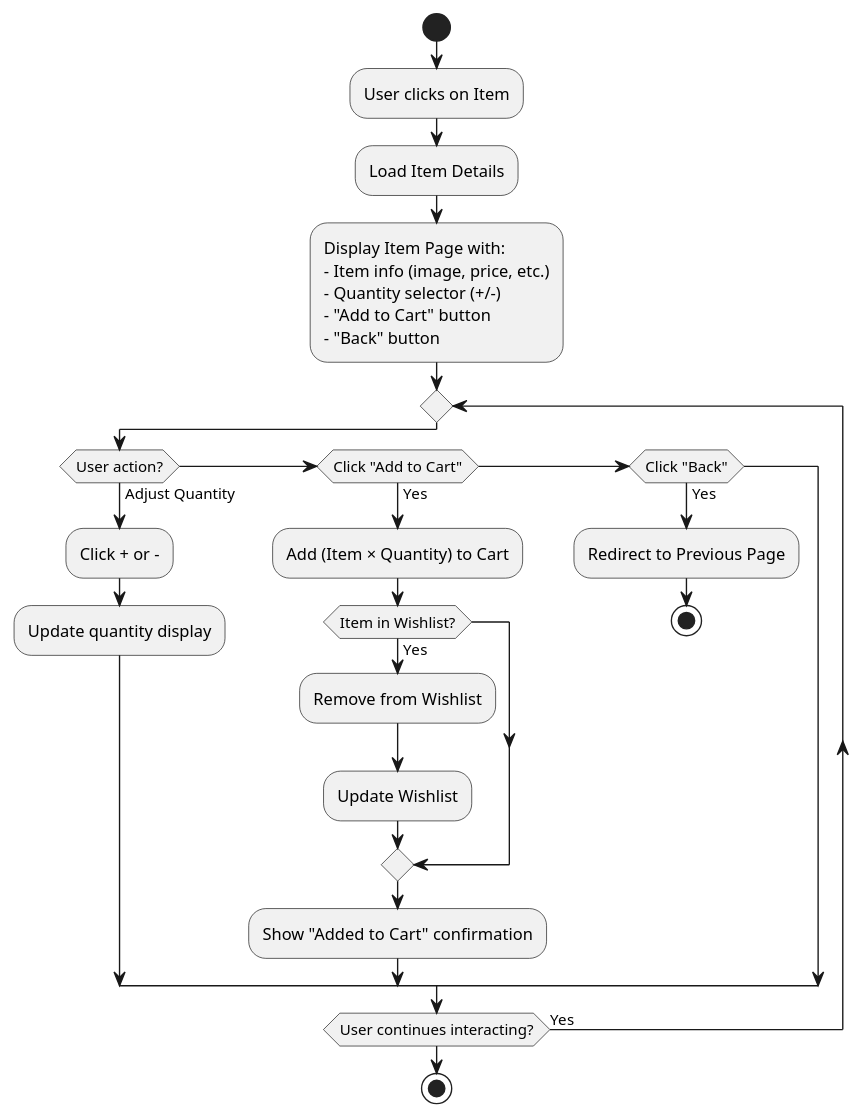
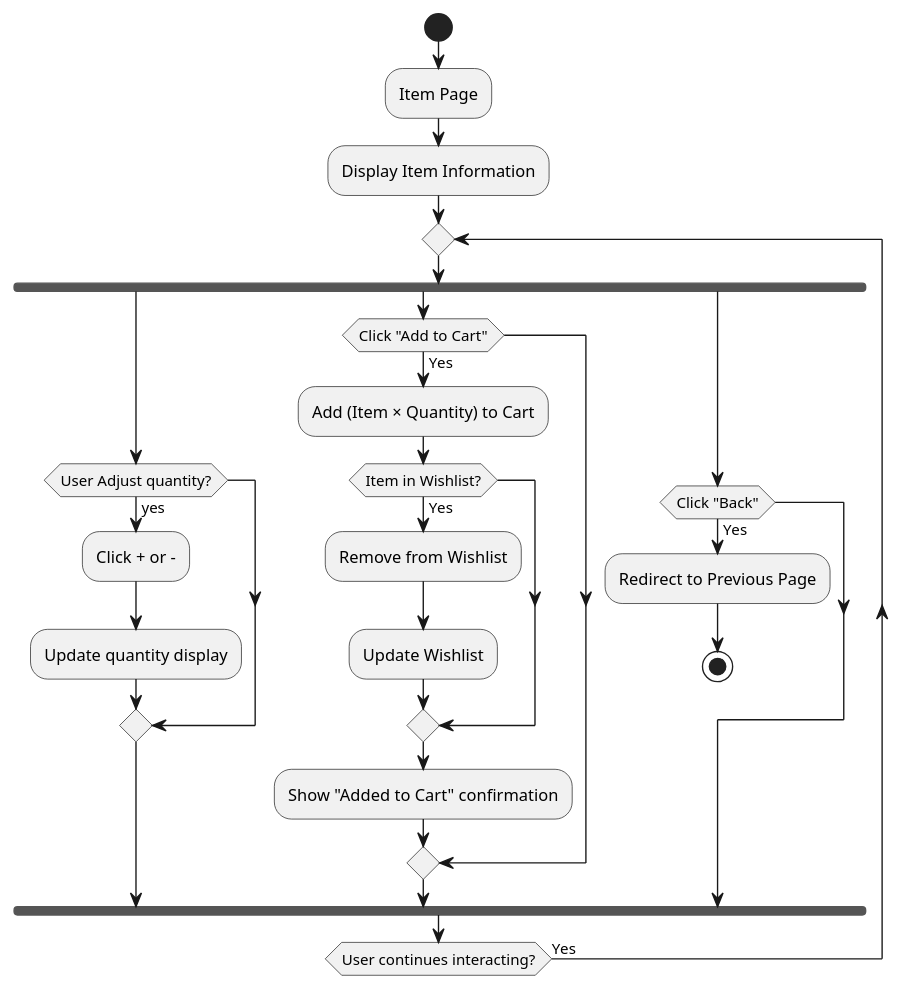
One commit to MuhannadYazbak/ecommerce changed the diagram in src/components/itemview/ItemByIdDiagram.puml. Above: the diagram before and after it, drawn with PlantUML. The commit also changed 6 other files, not shown here.

Commit message:
More PlantUML diagrams, using forks

```diff
--- a/src/components/itemview/ItemByIdDiagram.puml
+++ b/src/components/itemview/ItemByIdDiagram.puml
@@ -1,25 +1,28 @@
-@startuml
+@startuml ItemByIdDiagram
 start
-:User clicks on Item;
-:Load Item Details;
-
-:Display Item Page with:\n- Item info (image, price, etc.)\n- Quantity selector (+/-)\n- "Add to Cart" button\n- "Back" button;
+:Item Page;
+:Display Item Information;
 
 repeat
-    if (User action?) then (Adjust Quantity)
-        :Click + or -;
-        :Update quantity display;
-    elseif (Click "Add to Cart") then (Yes)
+    fork
+        if (User Adjust quantity?) then (yes)
+            :Click + or -;
+            :Update quantity display;
+        endif
+    fork again
+        if (Click "Add to Cart") then (Yes)
         :Add (Item × Quantity) to Cart;
         if (Item in Wishlist?) then (Yes)
             :Remove from Wishlist;
             :Update Wishlist;
         endif
         :Show "Added to Cart" confirmation;
-    elseif (Click "Back") then (Yes)
+        endif
+    fork again
+        if (Click "Back") then (Yes)
         :Redirect to Previous Page;
         stop
-    endif
+        endif
+    end fork
 repeat while (User continues interacting?) is (Yes)
-stop
 @enduml
```
